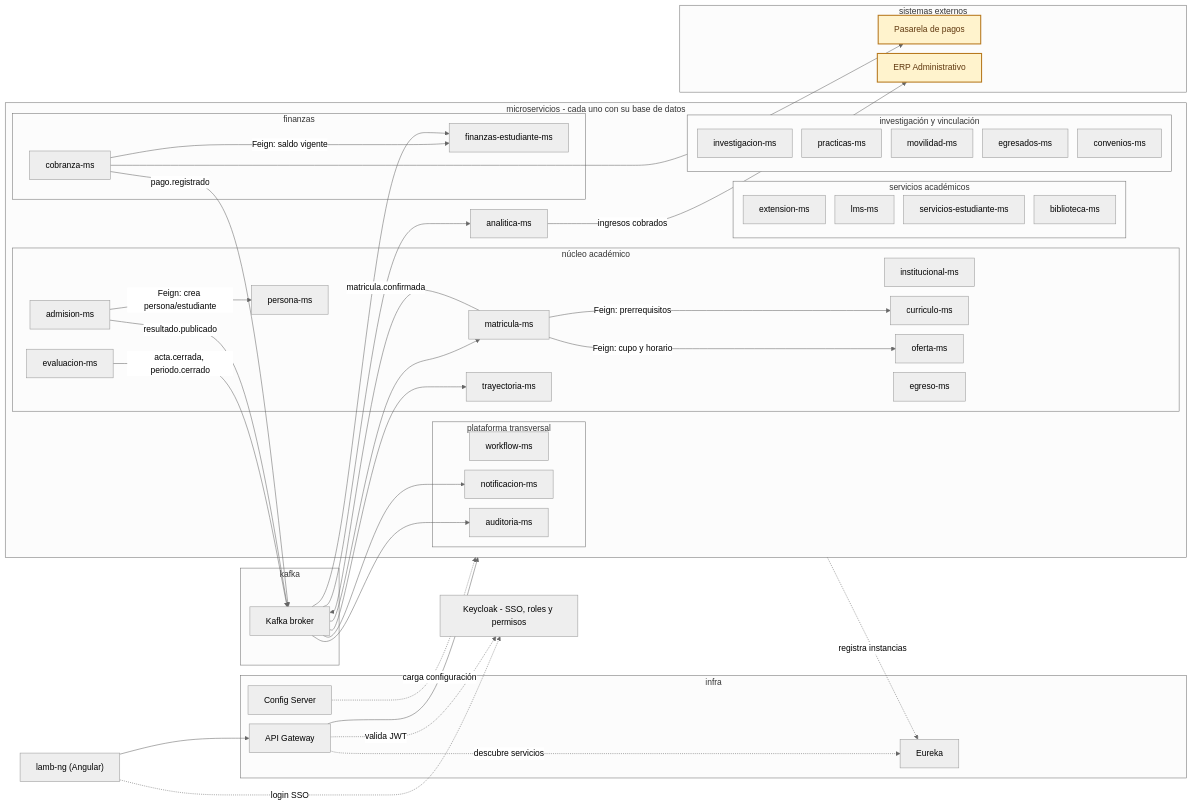
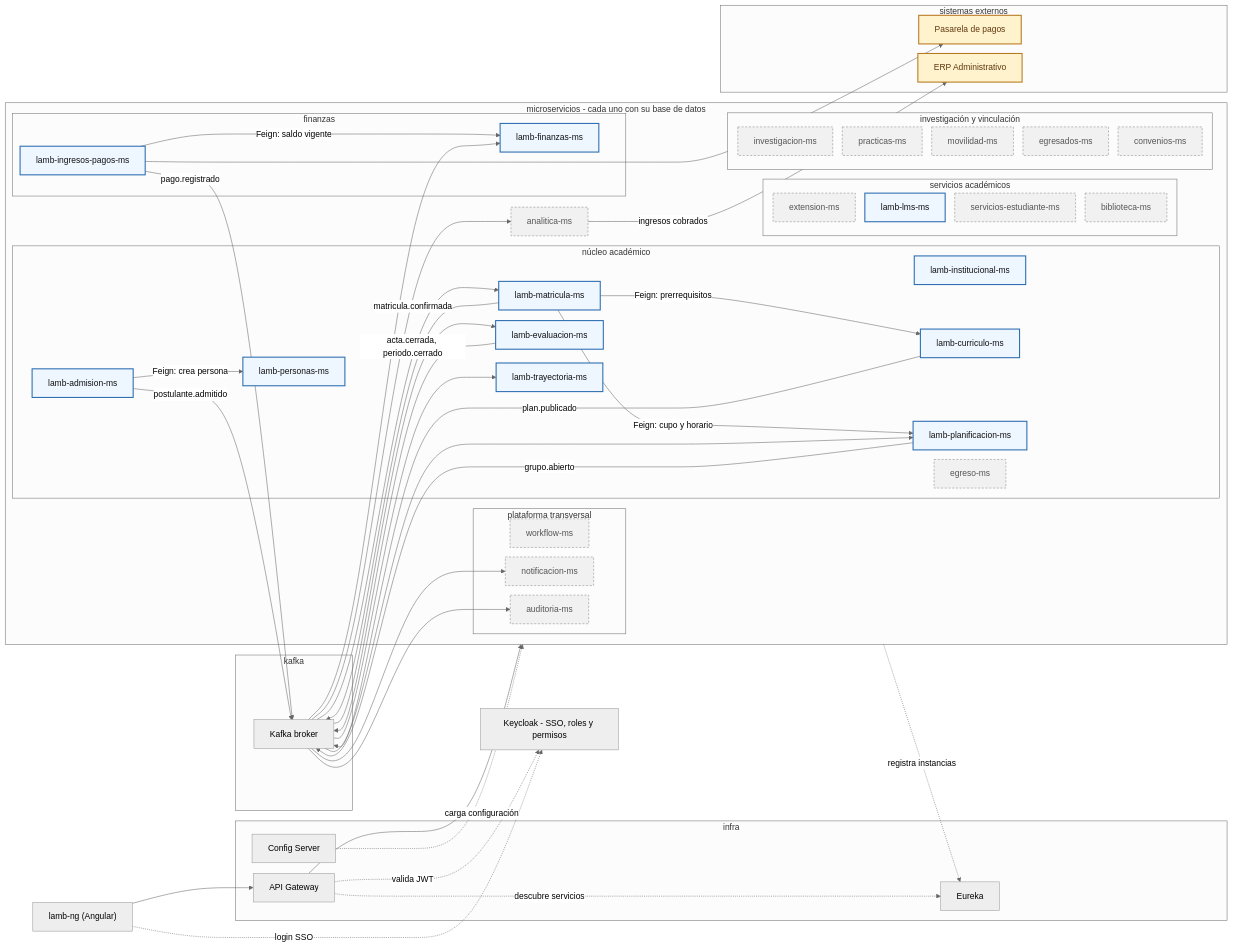
Before and after one commit to AyniSyst/Lamb_UPeU_v2.0: the second of 2 diagrams in docs/index.md, drawn with Mermaid (neutral theme). The commit also changed other lines of this file, not shown here.

Commit message:
Arquitectura C4 as-is/to-be y flujo alineado con endpoints reales de CRUDS.md

````diff
--- a/docs/index.md
+++ b/docs/index.md
@@ -960,25 +962,25 @@
 
     subgraph Runtime["microservicios - cada uno con su base de datos"]
         subgraph Core["núcleo académico"]
-            Inst["institucional-ms"]
-            Pers["persona-ms"]
-            Adm["admision-ms"]
-            Curr["curriculo-ms"]
-            Ofe["oferta-ms"]
-            Mat["matricula-ms"]
-            Eva["evaluacion-ms"]
-            Tray["trayectoria-ms"]
+            Inst["lamb-institucional-ms"]
+            Pers["lamb-personas-ms"]
+            Adm["lamb-admision-ms"]
+            Curr["lamb-curriculo-ms"]
+            Plan["lamb-planificacion-ms"]
+            Mat["lamb-matricula-ms"]
+            Eva["lamb-evaluacion-ms"]
+            Tray["lamb-trayectoria-ms"]
             Egr["egreso-ms"]
         end
 
         subgraph Fin["finanzas"]
-            FinEst["finanzas-estudiante-ms"]
-            Cob["cobranza-ms"]
+            FinEst["lamb-finanzas-ms"]
+            Cob["lamb-ingresos-pagos-ms"]
         end
 
         subgraph Serv["servicios académicos"]
             Ext["extension-ms"]
-            Lms["lms-ms"]
+            Lms["lamb-lms-ms"]
             SEst["servicios-estudiante-ms"]
             Bib["biblioteca-ms"]
         end
@@ -1018,24 +1020,34 @@
     Runtime -. "registra instancias" .-> Eureka
     Gateway -. "descubre servicios" .-> Eureka
 
-    Adm -->|"Feign: crea persona/estudiante"| Pers
+    Adm -->|"Feign: crea persona"| Pers
     Mat -->|"Feign: prerrequisitos"| Curr
-    Mat -->|"Feign: cupo y horario"| Ofe
+    Mat -->|"Feign: cupo y horario"| Plan
     Cob -->|"Feign: saldo vigente"| FinEst
     Cob --> Pasarela
     Ana -->|"ingresos cobrados"| ERP
 
+    Adm -->|"postulante.admitido"| Broker
+    Curr -->|"plan.publicado"| Broker
+    Plan -->|"grupo.abierto"| Broker
     Mat -->|"matricula.confirmada"| Broker
     Eva -->|"acta.cerrada, periodo.cerrado"| Broker
     Cob -->|"pago.registrado"| Broker
-    Adm -->|"resultado.publicado"| Broker
+
     Broker --> FinEst
     Broker --> Tray
     Broker --> Mat
+    Broker --> Eva
+    Broker --> Plan
     Broker --> Ana
     Broker --> Notif
     Broker --> Aud
 
+    classDef implemented fill:#eef6ff,stroke:#2b6cb0,stroke-width:2px,color:#111;
+    classDef planned fill:#f1f1f1,stroke:#888,stroke-width:1px,stroke-dasharray: 4 3,color:#555;
     classDef external fill:#fff3cd,stroke:#b7791f,stroke-width:2px,color:#5f370e;
+
+    class Inst,Pers,Adm,Curr,Plan,Mat,Eva,Tray,FinEst,Cob,Lms implemented;
+    class Egr,Ext,SEst,Bib,Inv,Prac,Mov,Egd,Conv,Flujo,Notif,Aud,Ana planned;
     class Pasarela,ERP external;
 ```
````
